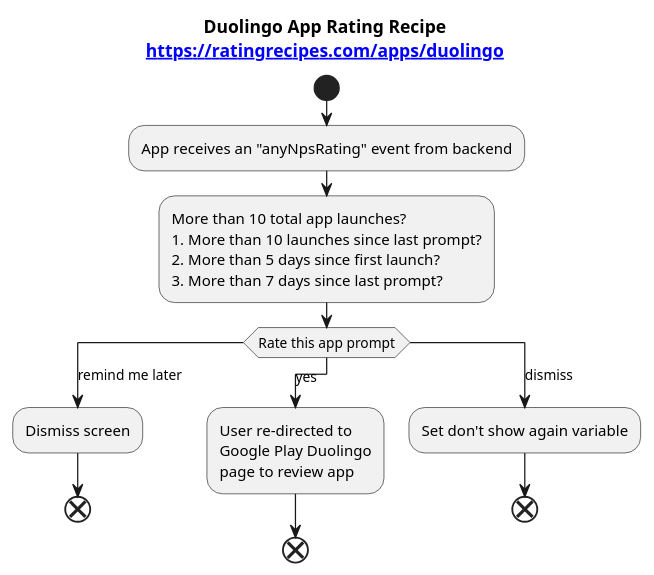
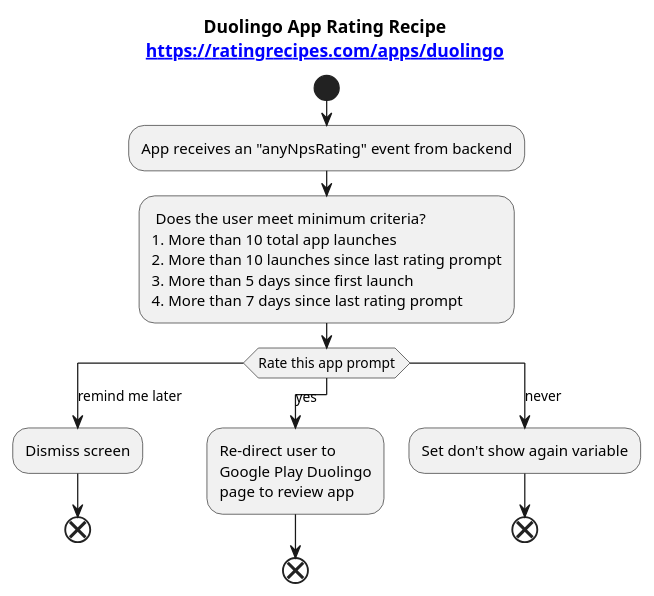
The diagram in apps/duolingo/flow.iuml (ratingrecipes/ratingrecipes), drawn with PlantUML before and after one commit. The commit also changed 2 other files, not shown here.

Commit message:
Kid app (#40)
* Duolingo cleanup

* Add Epic reading app

```diff
--- a/apps/duolingo/flow.iuml
+++ b/apps/duolingo/flow.iuml
@@ -1,26 +1,27 @@
 @startuml
 
 title Duolingo App Rating Recipe\n[[https://ratingrecipes.com/apps/duolingo]]
 
 start
 
 :App receives an "anyNpsRating" event from backend;
-:More than 10 total app launches?
-# More than 10 launches since last prompt?
-# More than 5 days since first launch?
-# More than 7 days since last prompt?;
+: Does the user meet minimum criteria?
+# More than 10 total app launches
+# More than 10 launches since last rating prompt
+# More than 5 days since first launch
+# More than 7 days since last rating prompt;
 switch (Rate this app prompt)
     case (remind me later)
         :Dismiss screen;
     end
     case (yes)
-        :User re-directed to
+        :Re-direct user to
         Google Play Duolingo
         page to review app;
     end
-    case (dismiss)
+    case (never)
         :Set don't show again variable;
     end
 endswitch
 
 @enduml
```
